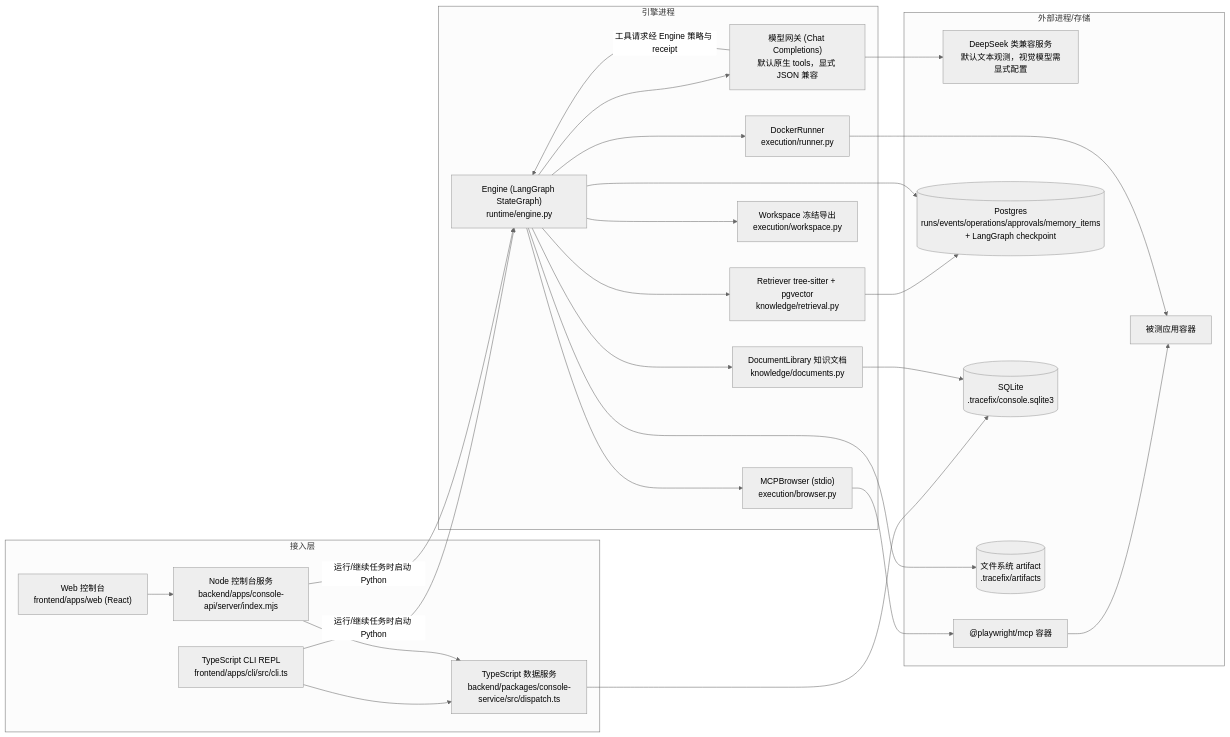
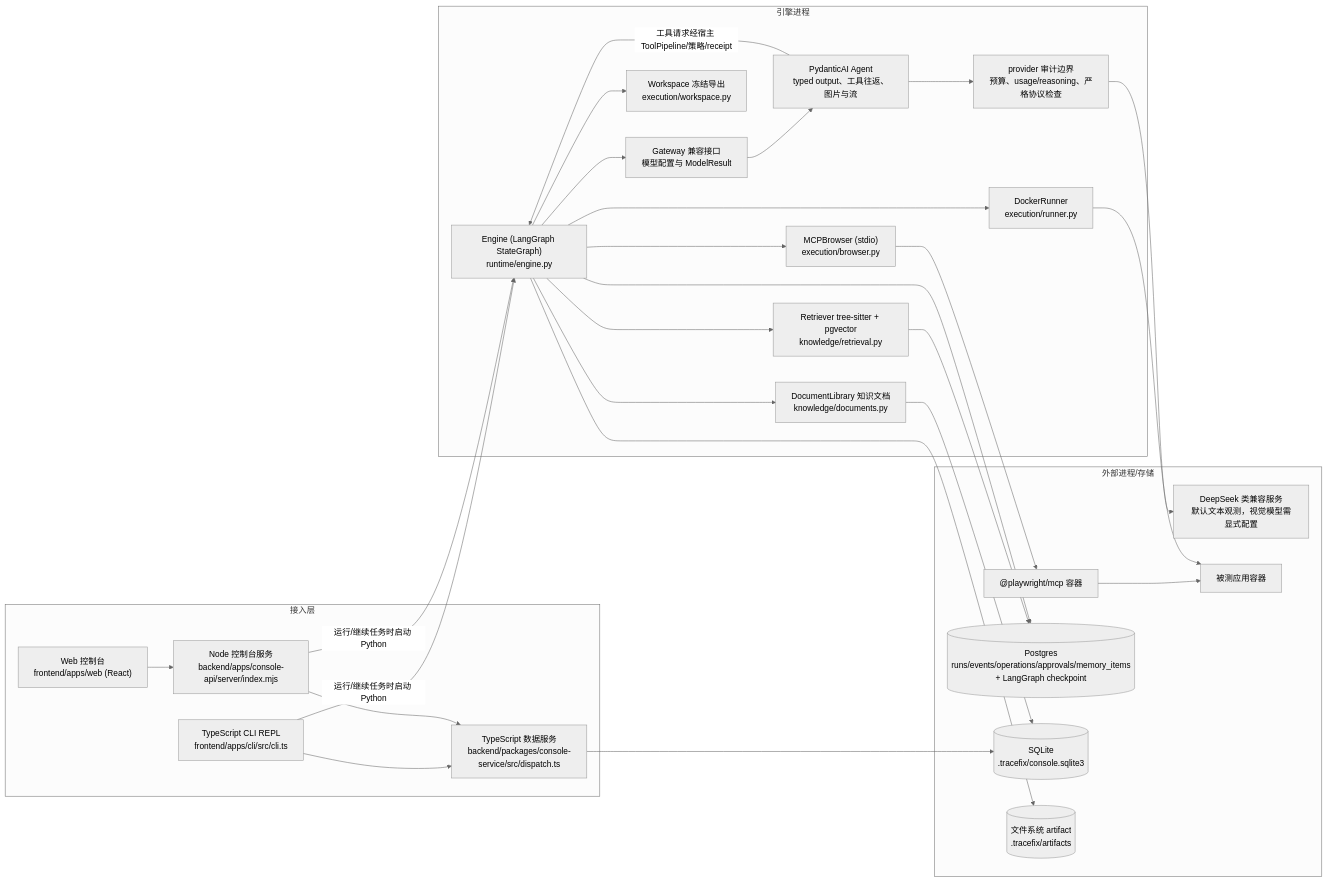
The first of 2 diagrams in docs/产品说明手册/01-系统架构/总体架构.md (BUPTtsy/TraceFix-Agent), drawn with Mermaid (neutral theme) before and after one commit. The commit also changed other lines of this file and 4 other files, not shown here.

````diff
--- a/docs/产品说明手册/01-系统架构/总体架构.md
+++ b/docs/产品说明手册/01-系统架构/总体架构.md
@@ -16,39 +16,41 @@
 ```mermaid
 flowchart LR
   subgraph 接入层
     CLI["TypeScript CLI REPL<br/>frontend/apps/cli/src/cli.ts"]
     WEB["Web 控制台<br/>frontend/apps/web (React)"]
     NODE["Node 控制台服务<br/>backend/apps/console-api/server/index.mjs"]
     DATA["TypeScript 数据服务<br/>backend/packages/console-service/src/dispatch.ts"]
   end
   subgraph 引擎进程
     ENG["Engine (LangGraph StateGraph)<br/>runtime/engine.py"]
-    GW["模型网关 (Chat Completions)<br/>默认原生 tools，显式 JSON 兼容"]
+    GW["Gateway 兼容接口<br/>模型配置与 ModelResult"]
+    AI["PydanticAI Agent<br/>typed output、工具往返、图片与流"]
+    PROTO["provider 审计边界<br/>预算、usage/reasoning、严格协议检查"]
     BR["MCPBrowser (stdio)<br/>execution/browser.py"]
     RUN["DockerRunner<br/>execution/runner.py"]
     WS["Workspace 冻结导出<br/>execution/workspace.py"]
     RET["Retriever tree-sitter + pgvector<br/>knowledge/retrieval.py"]
     DOC["DocumentLibrary 知识文档<br/>knowledge/documents.py"]
   end
   subgraph 外部进程/存储
     LLM["DeepSeek 类兼容服务<br/>默认文本观测，视觉模型需显式配置"]
     PW["@playwright/mcp 容器"]
     APP["被测应用容器"]
     PG[("Postgres<br/>runs/events/operations/approvals/memory_items<br/>+ LangGraph checkpoint")]
     SQL[("SQLite<br/>.tracefix/console.sqlite3")]
     FS[("文件系统 artifact<br/>.tracefix/artifacts")]
   end
   CLI --> DATA --> SQL
   CLI -- "运行/继续任务时启动 Python" --> ENG
   WEB --> NODE --> DATA
   NODE -- "运行/继续任务时启动 Python" --> ENG
-  ENG --> GW --> LLM
-  GW -- "工具请求经 Engine 策略与 receipt" --> ENG
+  ENG --> GW --> AI --> PROTO --> LLM
+  AI -- "工具请求经宿主 ToolPipeline/策略/receipt" --> ENG
   ENG --> BR --> PW --> APP
   ENG --> RUN --> APP
   ENG --> WS
   ENG --> RET --> PG
   ENG --> DOC --> SQL
   ENG --> PG
   ENG --> FS
 ```
````
